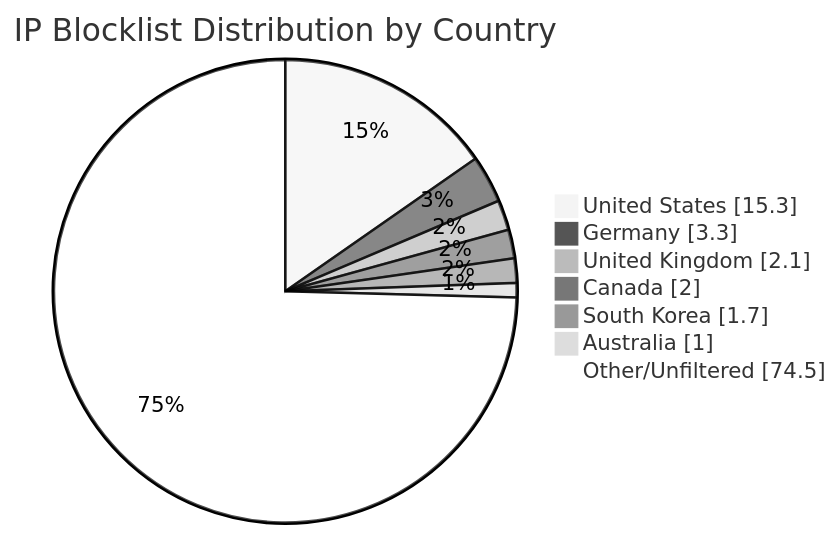
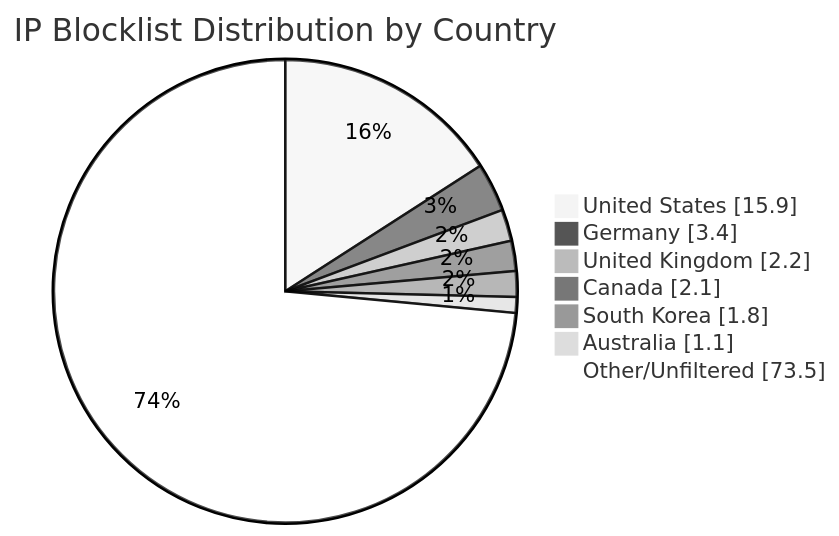
One commit to MarcusHoltz/ipblocklist-geofiltered-aggregator changed the diagram in README.md. Above: the diagram before and after it, drawn with Mermaid (neutral theme). The commit also changed other lines of this file and 9 other files, not shown here.

````diff
--- a/README.md
+++ b/README.md
@@ -34,10 +34,10 @@
 ```mermaid
 pie showData title IP Blocklist Distribution by Country
-"United States" : 15.3
-"Germany" : 3.3
-"United Kingdom" : 2.1
-"Canada" : 2.0
-"South Korea" : 1.7
-"Australia" : 1.0
-"Other/Unfiltered" : 74.5
+"United States" : 15.9
+"Germany" : 3.4
+"United Kingdom" : 2.2
+"Canada" : 2.1
+"South Korea" : 1.8
+"Australia" : 1.1
+"Other/Unfiltered" : 73.5
 ```
````
